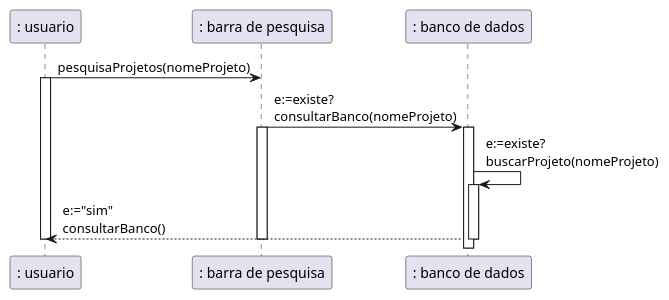
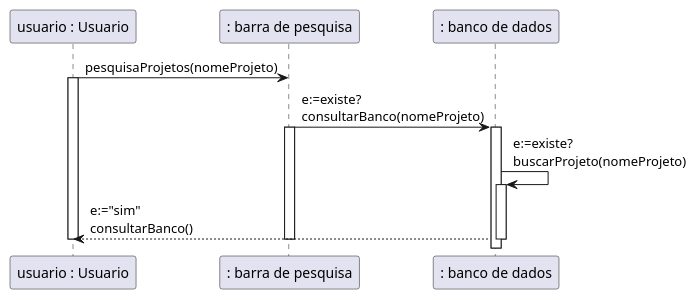
The diagram in sequencia_proj_final_c1.wsd (yurilsn/DiagramasUml), drawn with PlantUML before and after one commit. The commit also changed 3 other files, not shown here.

```diff
--- a/sequencia_proj_final_c1.wsd
+++ b/sequencia_proj_final_c1.wsd
@@ -4,24 +4,24 @@
 @startuml
 ' ESCOLHER PROJETO
 
 
 
-    ": usuario" as usuario -> ": barra de pesquisa" as pesquisa : pesquisaProjetos(nomeProjeto)
+    "usuario : Usuario" as usuario -> ": barra de pesquisa" as pesquisa : pesquisaProjetos(nomeProjeto)
     activate usuario
 
     pesquisa -> ": banco de dados" as bd: e:=existe? \nconsultarBanco(nomeProjeto)
     activate pesquisa
     activate bd
 
 
     bd -> bd: e:=existe? \nbuscarProjeto(nomeProjeto)
     activate bd
 
     bd --> usuario: e:="sim" \nconsultarBanco()
     deactivate bd
     deactivate pesquisa
     deactivate usuario
 
 
       
 @enduml
```
